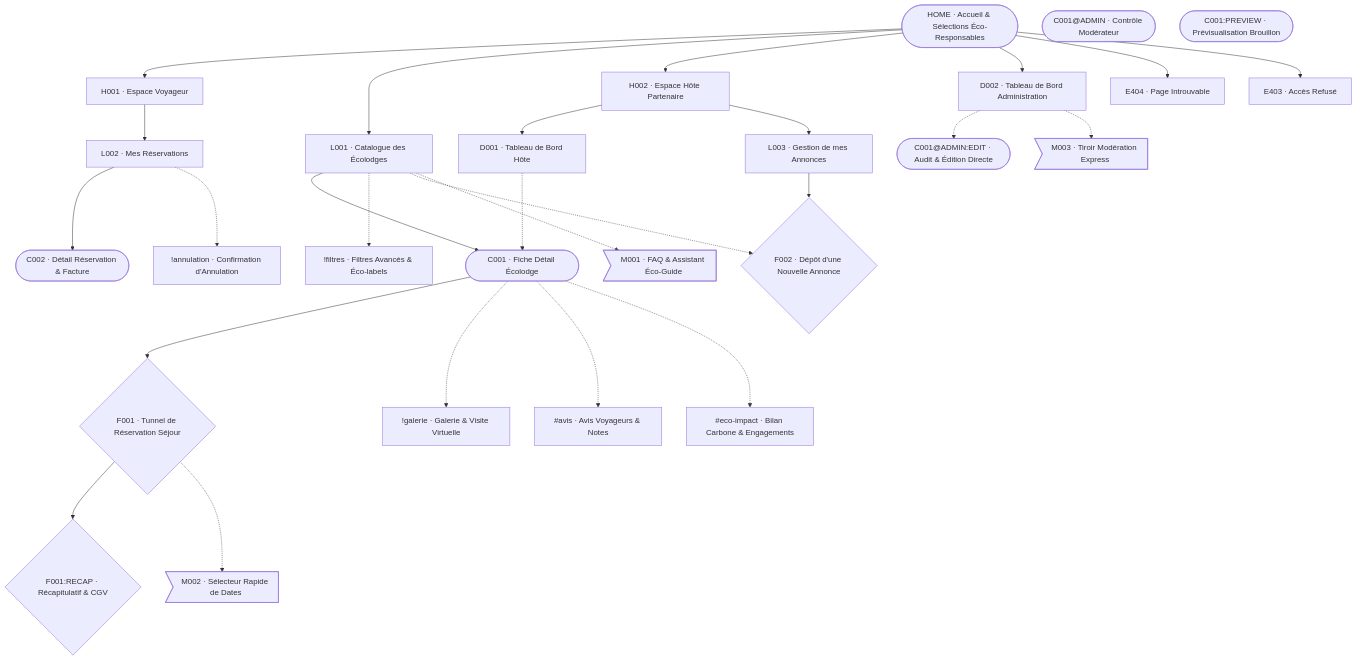
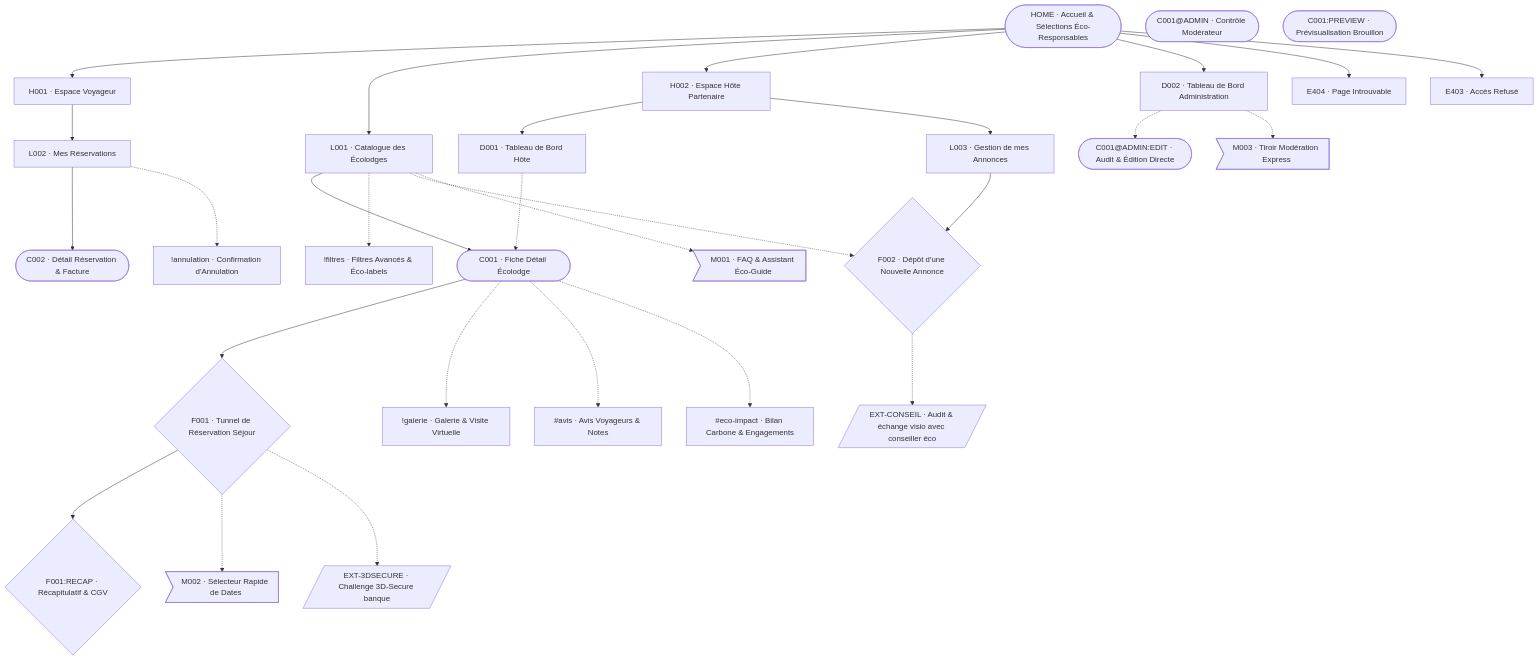
The diagram in examples/preview-showcase/sitemap-detailed.mmd (Pi0up/ai-skills), drawn with Mermaid before and after one commit. The commit also changed 17 other files, not shown here.

```diff
--- a/examples/preview-showcase/sitemap-detailed.mmd
+++ b/examples/preview-showcase/sitemap-detailed.mmd
@@ -1,110 +1,118 @@
 %%@file id=sitemap-detailed project=ECO-STAYS kind=sitemap view=detailed title="Plateforme Éco-Hébergements — Complet" version="1.3"
 %%@tag MVP color=blue style=fill label="MVP"
 %%@tag SP1 color=green style=outline label="Sprint 1"
 %%@tag SP2 color=orange style=outline label="Sprint 2"
 %%@tag ECO_LABEL color=green style=fill label="Éco-Label"
 %%@tag AUDIT color=red style=outline label="Audit & Contrôle"
 %%@node HOME code=HOME type=HOME access=public roles=ANONYMOUS,VOYAGEUR,HOTE,ADMIN url=/ order=1 tags=MVP icon=entry
 %%@node H001 code=H001 type=H subtype=hub access=protected roles=VOYAGEUR,ADMIN url=/account order=2 tags=SP1 who=VOYAGEUR
 %%@node L002 code=L002 type=L subtype=liste access=protected roles=VOYAGEUR,ADMIN url=/account/bookings order=1 tags=MVP who=VOYAGEUR
 %%@node L002_dlg_annulation code=L002!annulation type=DLG order=1
 %%@node C002 code=C002 type=C subtype=facture access=protected roles=VOYAGEUR,ADMIN url=/account/bookings/[id] order=1 tags=SP1 who=VOYAGEUR
 %%@node L001 code=L001 type=L subtype=datagrid access=public roles=ANONYMOUS,VOYAGEUR,ADMIN url=/stays order=3 tags=MVP icon=device
 %%@node L001_dlg_filtres code=L001!filtres type=DLG order=1 tags=ECO_LABEL
 %%@node C001 code=C001 type=C subtype=fiche access=public roles=ANONYMOUS,VOYAGEUR,ADMIN url=/stays/[id] dynamic=yes order=1 tags=MVP,ECO_LABEL
 %%@node C001_dlg_galerie code=C001!galerie type=DLG order=1
 %%@node C001_anc_avis code=C001#avis type=ANC order=2
 %%@node C001_anc_eco_impact code=C001#eco-impact type=ANC order=3 tags=ECO_LABEL
 %%@node C001_admin code=C001@ADMIN type=C subtype=moderation access=protected roles=ADMIN order=4 tags=AUDIT who=ADMIN
 %%@node C001_preview code=C001:PREVIEW type=C subtype=brouillon access=protected roles=HOTE,ADMIN order=5 who=HOTE
 %%@node C001_admin_edit code=C001@ADMIN:EDIT type=C subtype=audit-edition access=protected roles=ADMIN order=6 tags=AUDIT who=ADMIN
 %%@node F001 code=F001 type=F subtype=stepper access=protected roles=VOYAGEUR,ADMIN url=/stays/[id]/book order=1 tags=MVP who=VOYAGEUR
 %%@node F001_recap code=F001:RECAP type=F subtype=recap access=protected roles=VOYAGEUR,ADMIN url=/stays/[id]/book/recap order=2 tags=MVP who=VOYAGEUR
 %%@node H002 code=H002 type=H subtype=hub access=protected roles=HOTE,ADMIN url=/host order=4 tags=SP2 who=HOTE
 %%@node D001 code=D001 type=D subtype=dashboard access=protected roles=HOTE,ADMIN url=/host/dashboard order=1 tags=SP2 who=HOTE
 %%@node L003 code=L003 type=L subtype=datagrid access=protected roles=HOTE,ADMIN url=/host/properties order=2 tags=SP2 who=HOTE
 %%@node F002 code=F002 type=F subtype=formulaire access=protected roles=HOTE,ADMIN url=/host/properties/new tone=accent order=1 tags=SP2,ECO_LABEL who=HOTE
 %%@node D002 code=D002 type=D subtype=supervision access=protected roles=ADMIN url=/admin/dashboard order=5 tags=AUDIT who=ADMIN
 %%@node E404 code=E404 type=E subtype=erreur-404 access=public roles=ANONYMOUS,VOYAGEUR,HOTE,ADMIN url=/404 order=6
 %%@node E403 code=E403 type=E subtype=erreur-403 access=public roles=ANONYMOUS,VOYAGEUR,HOTE,ADMIN url=/403 order=7
 %%@node M001 code=M001 type=MOD scope=ALL order=1 tags=MVP
 %%@node M002 code=M002 type=MOD scope=AUTH order=2 tags=SP1
 %%@node M003 code=M003 type=MOD scope=@ADMIN order=3 tags=AUDIT who=ADMIN
+%%@node EXT_3DSECURE code=EXT-3DSECURE type=EXT access=protected roles=VOYAGEUR,ADMIN url=ext://banque-partenaire/3ds order=1 who=VOYAGEUR
+%%@node EXT_CONSEIL code=EXT-CONSEIL type=EXT access=protected roles=HOTE,ADMIN url=ext://visio-conseil/rdv order=2 who=HOTE
 %%@edge HOME>H001 kind=navigation
 %%@edge H001>L002 kind=navigation
 %%@edge L002>C002 kind=navigation
 %%@edge L002>L002_dlg_annulation kind=attach ref=FEAT-ANNULER-RESA
 %%@edge HOME>L001 kind=navigation
 %%@edge L001>C001 kind=navigation
 %%@edge L001>L001_dlg_filtres kind=attach ref=FEAT-FILTRER
 %%@edge L001>F002 kind=action ref=FEAT-DEVENIR-HOTE
 %%@edge C001>F001 kind=navigation
 %%@edge C001>C001_dlg_galerie kind=attach ref=FEAT-OUVRIR-GALERIE
 %%@edge C001>C001_anc_avis kind=attach
 %%@edge C001>C001_anc_eco_impact kind=attach
 %%@edge F001>F001_recap kind=navigation
 %%@edge HOME>H002 kind=navigation
 %%@edge H002>D001 kind=navigation
 %%@edge H002>L003 kind=navigation
 %%@edge L003>F002 kind=navigation
 %%@edge D001>C001 kind=action ref=FEAT-GERER-ANNONCE
 %%@edge HOME>D002 kind=navigation
 %%@edge D002>C001_admin_edit kind=action ref=FEAT-MODERER-ANNONCE
 %%@edge HOME>E404 kind=navigation
 %%@edge HOME>E403 kind=navigation
 %%@edge L001>M001 kind=invoke
 %%@edge F001>M002 kind=invoke
 %%@edge D002>M003 kind=invoke
+%%@edge F001>EXT_3DSECURE kind=action ref=FEAT-SAISIE-CB
+%%@edge F002>EXT_CONSEIL kind=action ref=FEAT-DEMANDE-LABEL
 flowchart TD
   HOME(["HOME · Accueil & Sélections Éco-Responsables"])
   H001["H001 · Espace Voyageur"]
   L002["L002 · Mes Réservations"]
   L002_dlg_annulation["!annulation · Confirmation d'Annulation"]
   C002(["C002 · Détail Réservation & Facture"])
   L001["L001 · Catalogue des Écolodges"]
   L001_dlg_filtres["!filtres · Filtres Avancés & Éco-labels"]
   C001(["C001 · Fiche Détail Écolodge"])
   C001_dlg_galerie["!galerie · Galerie & Visite Virtuelle"]
   C001_anc_avis["#avis · Avis Voyageurs & Notes"]
   C001_anc_eco_impact["#eco-impact · Bilan Carbone & Engagements"]
   C001_admin(["C001@ADMIN · Contrôle Modérateur"])
   C001_preview(["C001:PREVIEW · Prévisualisation Brouillon"])
   C001_admin_edit(["C001@ADMIN:EDIT · Audit & Édition Directe"])
   F001{"F001 · Tunnel de Réservation Séjour"}
   F001_recap{"F001:RECAP · Récapitulatif & CGV"}
   H002["H002 · Espace Hôte Partenaire"]
   D001["D001 · Tableau de Bord Hôte"]
   L003["L003 · Gestion de mes Annonces"]
   F002{"F002 · Dépôt d'une Nouvelle Annonce"}
   D002["D002 · Tableau de Bord Administration"]
   E404["E404 · Page Introuvable"]
   E403["E403 · Accès Refusé"]
   M001>"M001 · FAQ & Assistant Éco-Guide"]
   M002>"M002 · Sélecteur Rapide de Dates"]
   M003>"M003 · Tiroir Modération Express"]
+  EXT_3DSECURE[/"EXT-3DSECURE · Challenge 3D-Secure banque"/]
+  EXT_CONSEIL[/"EXT-CONSEIL · Audit & échange visio avec conseiller éco"/]
 
   HOME --> H001
   H001 --> L002
   L002 --> C002
   L002 -.-> L002_dlg_annulation
   HOME --> L001
   L001 --> C001
   L001 -.-> L001_dlg_filtres
   L001 -.-> F002
   C001 --> F001
   C001 -.-> C001_dlg_galerie
   C001 -.-> C001_anc_avis
   C001 -.-> C001_anc_eco_impact
   F001 --> F001_recap
   HOME --> H002
   H002 --> D001
   H002 --> L003
   L003 --> F002
   D001 -.-> C001
   HOME --> D002
   D002 -.-> C001_admin_edit
   HOME --> E404
   HOME --> E403
   L001 -.-> M001
   F001 -.-> M002
   D002 -.-> M003
+  F001 -.-> EXT_3DSECURE
+  F002 -.-> EXT_CONSEIL
```
